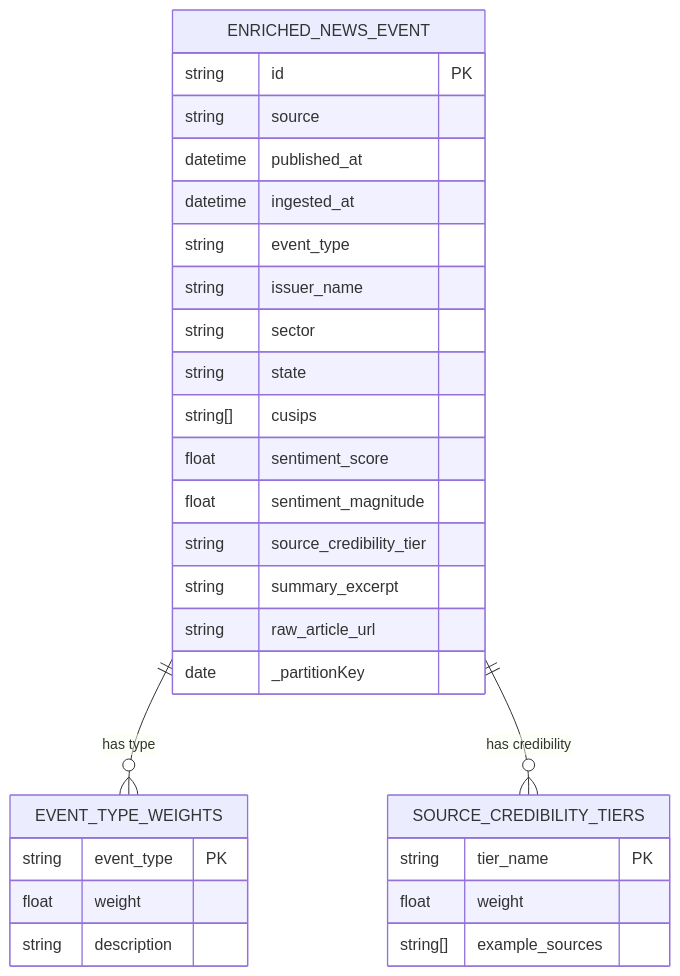
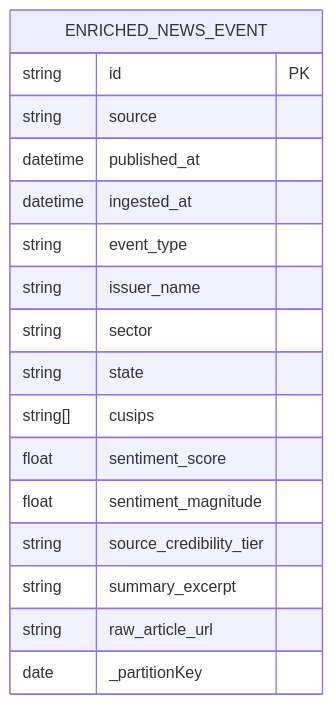
The fifth of 8 diagrams in risk-analytics-agent/ai_docs/1_architecture/NewsSentimentService_SystemArchitecture.md (vladavilov/playground), drawn with Mermaid before and after one commit. The commit also changed other lines of this file and 92 other files, not shown here.

````diff
--- a/risk-analytics-agent/ai_docs/1_architecture/NewsSentimentService_SystemArchitecture.md
+++ b/risk-analytics-agent/ai_docs/1_architecture/NewsSentimentService_SystemArchitecture.md
@@ -444,35 +485,20 @@
 ```mermaid
 erDiagram
     ENRICHED_NEWS_EVENT {
         string id PK
         string source
         datetime published_at
         datetime ingested_at
         string event_type
         string issuer_name
         string sector
         string state
         string[] cusips
         float sentiment_score
         float sentiment_magnitude
         string source_credibility_tier
         string summary_excerpt
         string raw_article_url
         date _partitionKey
     }
-    
-    EVENT_TYPE_WEIGHTS {
-        string event_type PK
-        float weight
-        string description
-    }
-    
-    SOURCE_CREDIBILITY_TIERS {
-        string tier_name PK
-        float weight
-        string[] example_sources
-    }
-    
-    ENRICHED_NEWS_EVENT ||--o{ EVENT_TYPE_WEIGHTS : "has type"
-    ENRICHED_NEWS_EVENT ||--o{ SOURCE_CREDIBILITY_TIERS : "has credibility"
 ```
````
